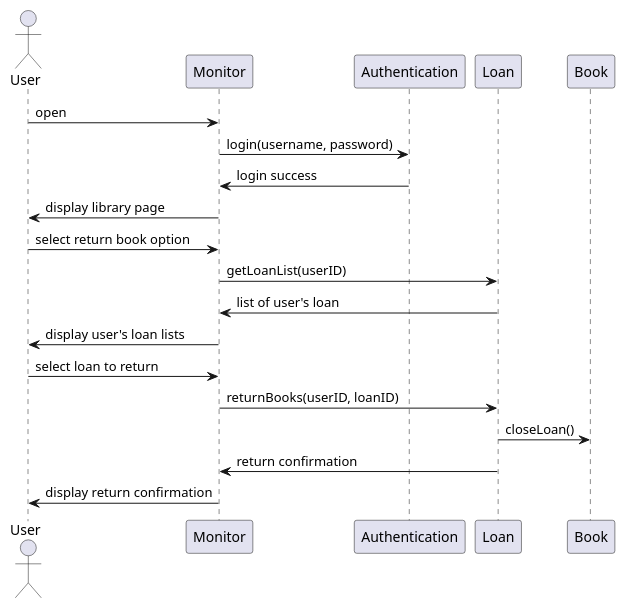
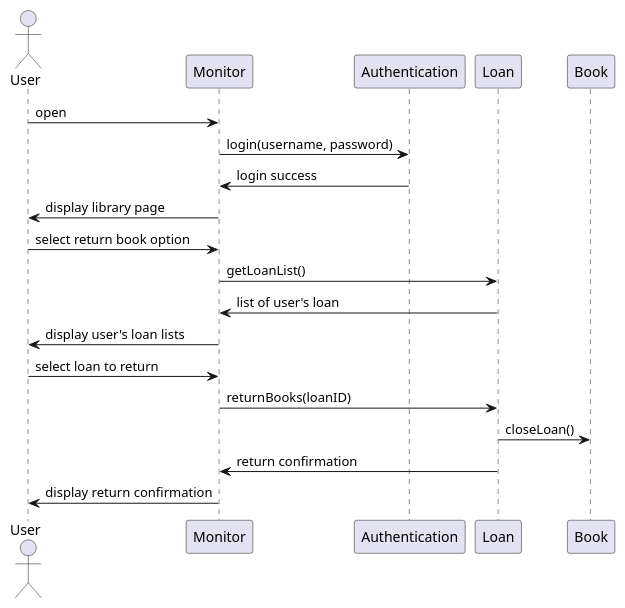
Before and after one commit to zuzu2307/Final_UML: the diagram in src/returnBook.puml, drawn with PlantUML. The commit also changed 13 other files, not shown here.

```diff
--- a/src/returnBook.puml
+++ b/src/returnBook.puml
@@ -1,23 +1,23 @@
 @startuml
 actor User
 participant Monitor
 participant Authentication
 participant Loan
 participant Book
 
 User -> Monitor: open
 Monitor -> Authentication: login(username, password)
 Authentication -> Monitor: login success
 Monitor -> User: display library page
 
 User -> Monitor: select return book option
-Monitor -> Loan: getLoanList(userID)
+Monitor -> Loan: getLoanList()
 Loan -> Monitor: list of user's loan
 Monitor -> User: display user's loan lists
 
 User -> Monitor: select loan to return
-Monitor -> Loan: returnBooks(userID, loanID)
+Monitor -> Loan: returnBooks(loanID)
 Loan -> Book: closeLoan()
 Loan -> Monitor: return confirmation
 Monitor -> User: display return confirmation
 @enduml
```
